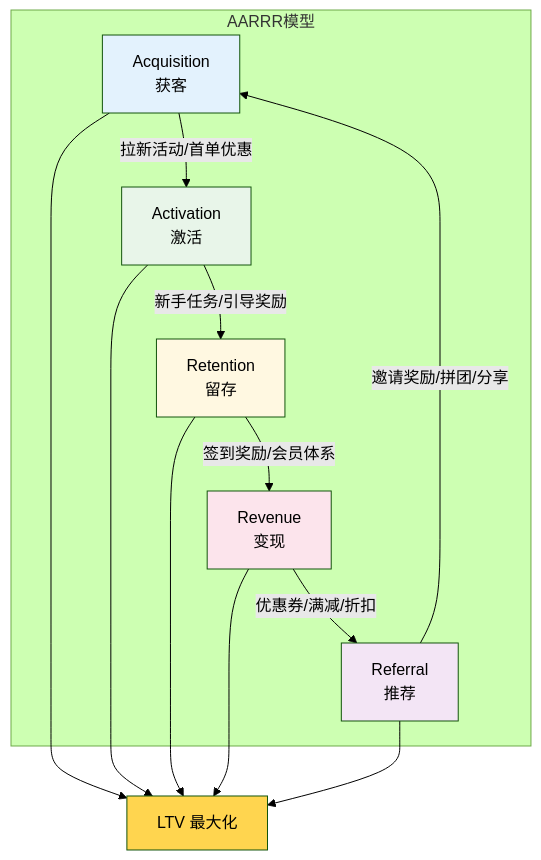
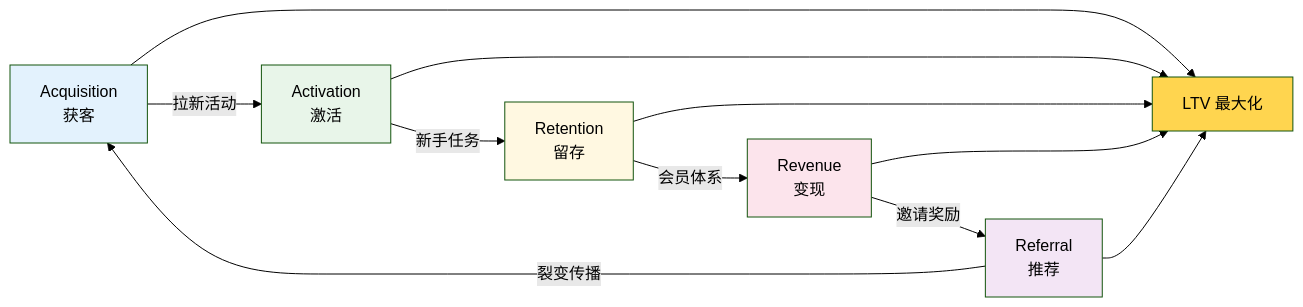
The third of 7 diagrams in system_design/marketing/marketing_system.md (zhangqian-silk/cs-note), drawn with Mermaid (forest theme) before and after one commit. The commit also changed other lines of this file, not shown here.

Commit message:
docs: 优化 Mermaid 图表布局，改为横向布局

````diff
--- a/system_design/marketing/marketing_system.md
+++ b/system_design/marketing/marketing_system.md
@@ -373,29 +373,17 @@
 ```mermaid
-flowchart TD
-    subgraph AARRR模型
-        A[Acquisition<br/>获客]
-        B[Activation<br/>激活]
-        C[Retention<br/>留存]
-        D[Revenue<br/>变现]
-        E[Referral<br/>推荐]
-    end
+flowchart LR
+    A[Acquisition<br/>获客] -->|拉新活动| B[Activation<br/>激活]
+    B -->|新手任务| C[Retention<br/>留存]
+    C -->|会员体系| D[Revenue<br/>变现]
+    D -->|邀请奖励| E[Referral<br/>推荐]
+    E -->|裂变传播| A
     
-    A -->|拉新活动/首单优惠| B
-    B -->|新手任务/引导奖励| C
-    C -->|签到奖励/会员体系| D
-    D -->|优惠券/满减/折扣| E
-    E -->|邀请奖励/拼团/分享| A
-    
-    A --> F[LTV 最大化]
-    B --> F
-    C --> F
-    D --> F
-    E --> F
+    A & B & C & D & E --> F[LTV 最大化]
     
     style A fill:#e3f2fd
     style B fill:#e8f5e9
     style C fill:#fff8e1
     style D fill:#fce4ec
     style E fill:#f3e5f5
     style F fill:#ffd54f
 ```
````
